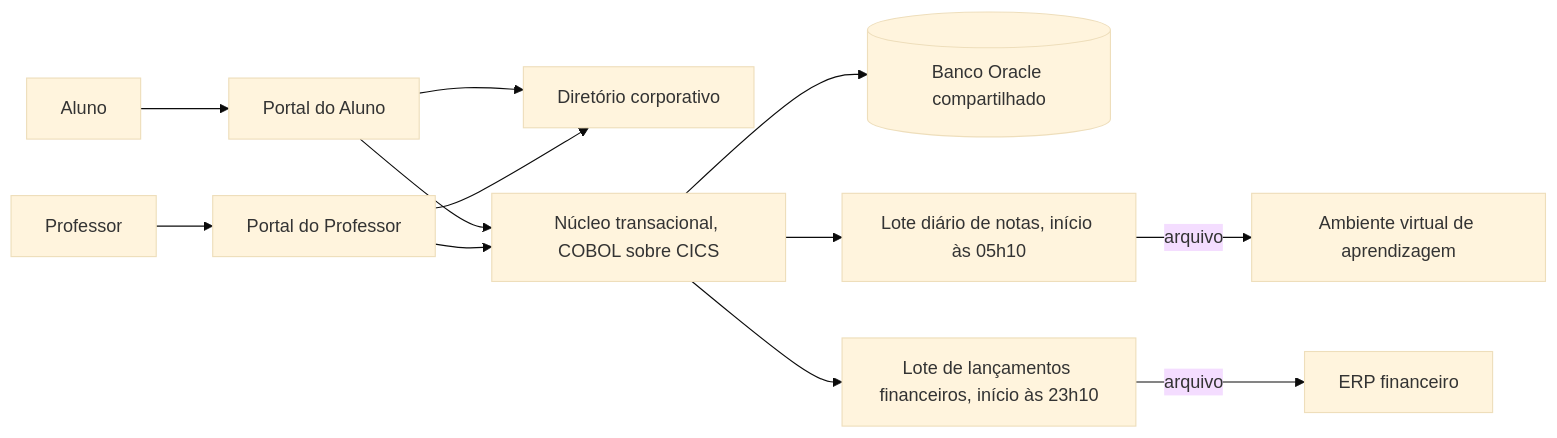
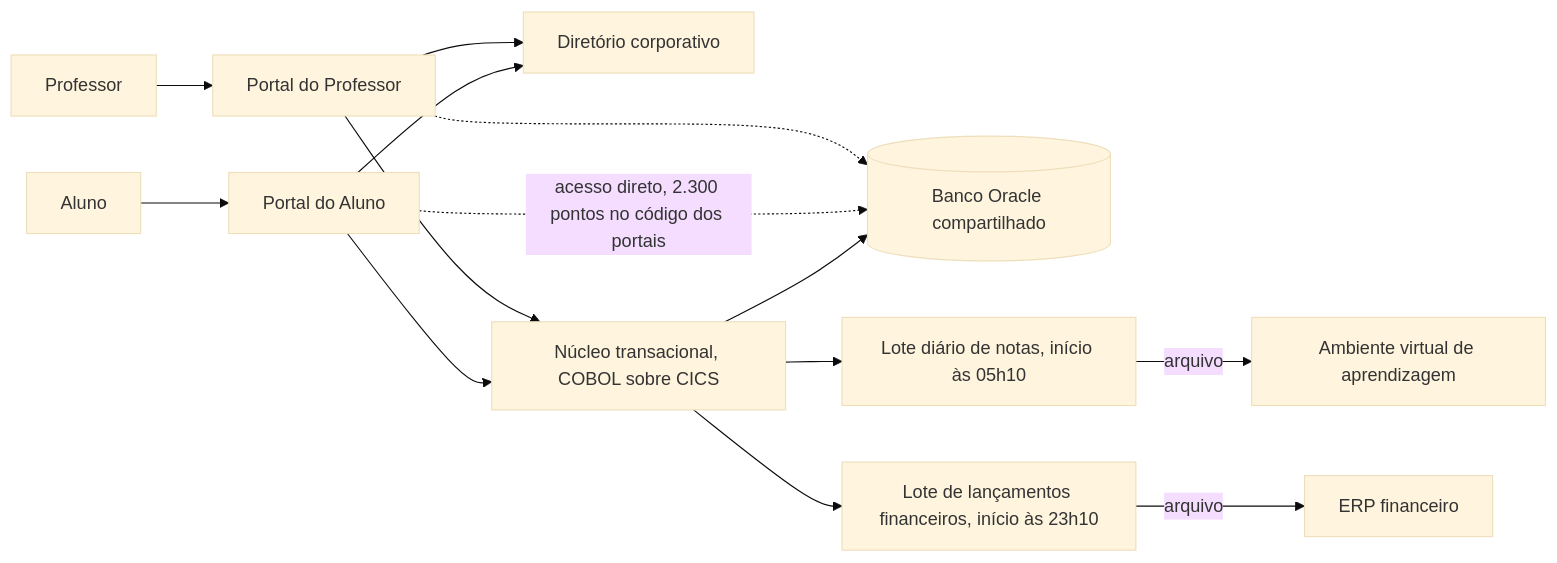
Before and after one commit to aulas-marco/projeto-arquitetura-software: the diagram in docs/modulo-3-design-e-padroes/bloco-1-principios-de-design.md, drawn with Mermaid (base theme). The commit also changed 50 other files, not shown here.

````diff
--- a/docs/modulo-3-design-e-padroes/bloco-1-principios-de-design.md
+++ b/docs/modulo-3-design-e-padroes/bloco-1-principios-de-design.md
@@ -142,14 +142,16 @@
 ```mermaid
 graph LR
     ALU["Aluno"] --> PA["Portal do Aluno"]
     PROF["Professor"] --> PP["Portal do Professor"]
     PA --> LDAP["Diretório corporativo"]
     PP --> LDAP
     PA --> NUC["Núcleo transacional, COBOL sobre CICS"]
     PP --> NUC
     NUC --> ORA[("Banco Oracle compartilhado")]
+    PA -.->|"acesso direto, 2.300 pontos no código dos portais"| ORA
+    PP -.-> ORA
     NUC --> LNOT["Lote diário de notas, início às 05h10"]
     LNOT -->|"arquivo"| AVA["Ambiente virtual de aprendizagem"]
     NUC --> LFIN["Lote de lançamentos financeiros, início às 23h10"]
     LFIN -->|"arquivo"| ERP["ERP financeiro"]
 ```
````
